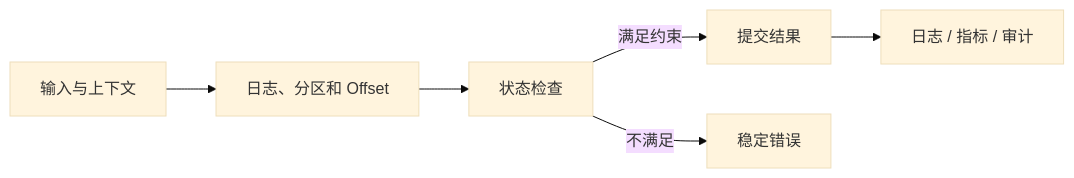
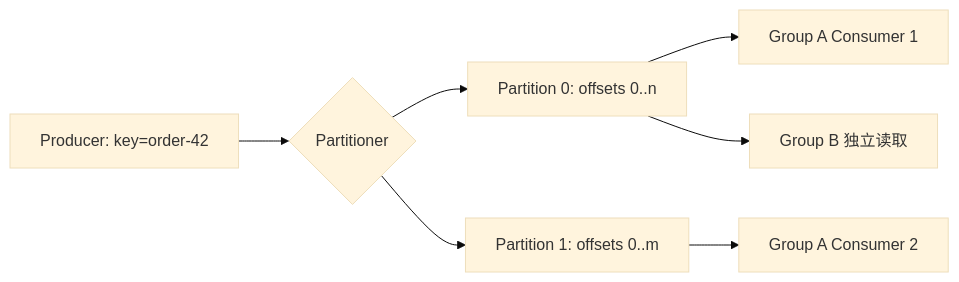
The diagram in docs/backend/kafka-partitions-consumer-groups.md (upJiang/jiang-blog-vitepress), drawn with Mermaid (base theme) before and after one commit. The commit also changed other lines of this file and 341 other files, not shown here.

````diff
--- a/docs/backend/kafka-partitions-consumer-groups.md
+++ b/docs/backend/kafka-partitions-consumer-groups.md
@@ -34,8 +36,9 @@
 ```mermaid
 flowchart LR
-  A[输入与上下文] --> B[日志、分区和 Offset]
-  B --> C[状态检查]
-  C -->|满足约束| D[提交结果]
-  C -->|不满足| E[稳定错误]
-  D --> F[日志 / 指标 / 审计]
+  P[Producer: key=order-42] --> T{Partitioner}
+  T --> P0[Partition 0: offsets 0..n]
+  T --> P1[Partition 1: offsets 0..m]
+  P0 --> C1[Group A Consumer 1]
+  P1 --> C2[Group A Consumer 2]
+  P0 --> C3[Group B 独立读取]
 ```
````
